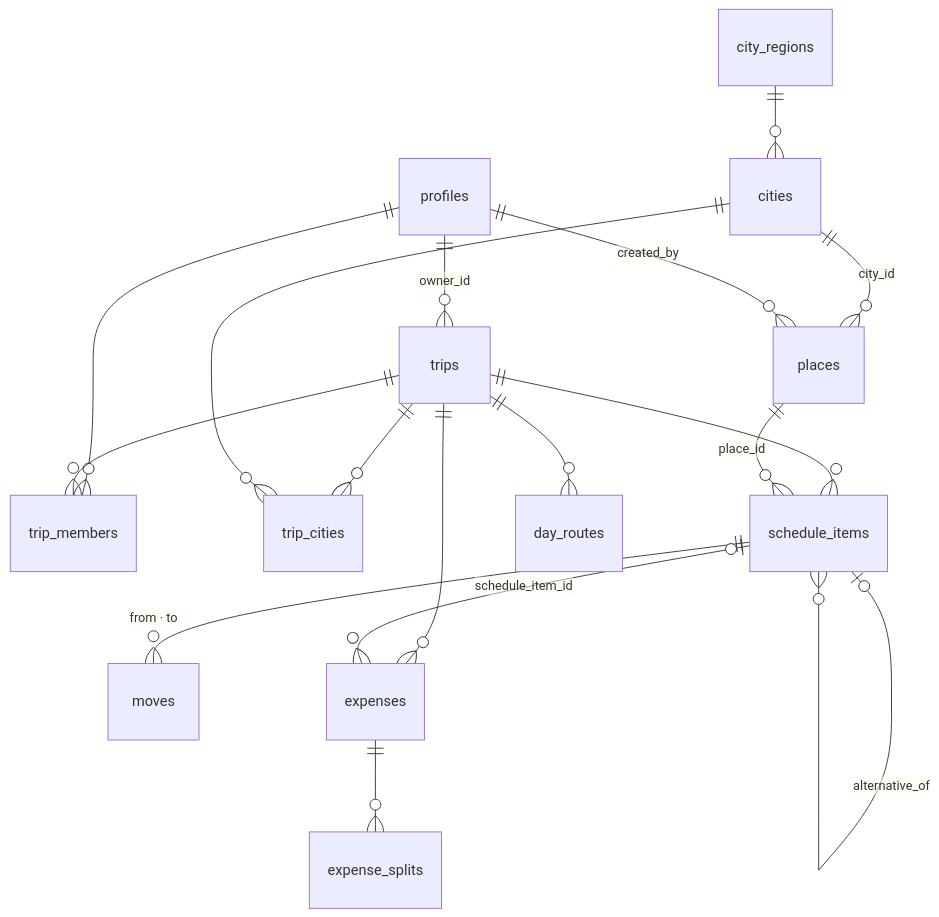
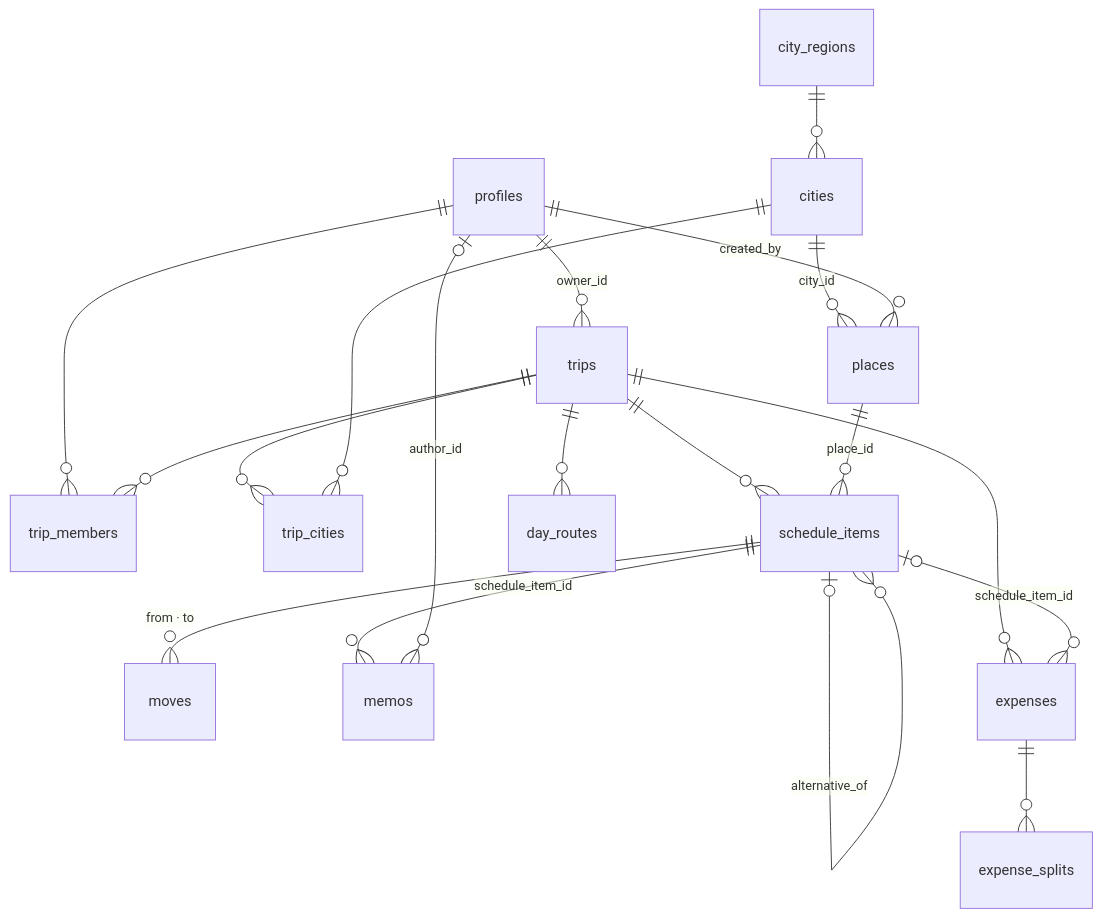
Before and after one commit to JayeHa/tripmate: the diagram in docs/policies/data-model.md, drawn with Mermaid. The commit also changed other lines of this file and 46 other files, not shown here.

````diff
--- a/docs/policies/data-model.md
+++ b/docs/policies/data-model.md
@@ -22,19 +22,21 @@
 ```mermaid
 erDiagram
   profiles ||--o{ trips : "owner_id"
   profiles ||--o{ trip_members : ""
   trips ||--o{ trip_members : ""
   trips ||--o{ trip_cities : ""
   cities ||--o{ trip_cities : ""
   city_regions ||--o{ cities : ""
   cities ||--o{ places : "city_id"
   profiles ||--o{ places : "created_by"
   trips ||--o{ schedule_items : ""
   places ||--o{ schedule_items : "place_id"
   schedule_items |o--o{ schedule_items : "alternative_of"
   schedule_items ||--o{ moves : "from · to"
+  schedule_items ||--o{ memos : "schedule_item_id"
+  profiles |o--o{ memos : "author_id"
   trips ||--o{ day_routes : ""
   trips ||--o{ expenses : ""
   schedule_items |o--o{ expenses : "schedule_item_id"
   expenses ||--o{ expense_splits : ""
 ```
````
